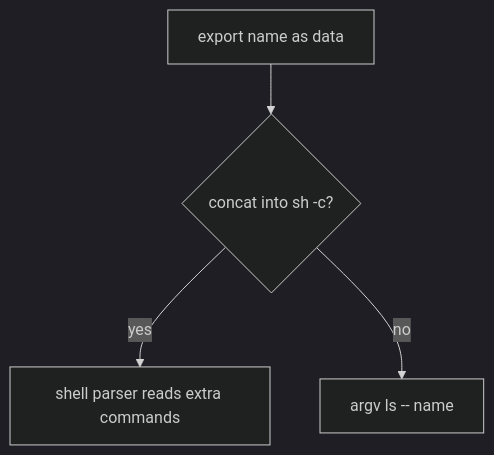
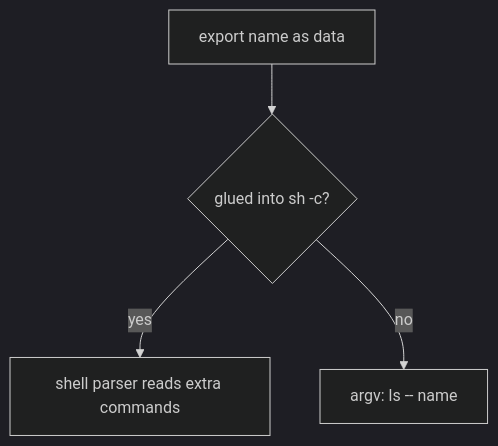
The first of 2 diagrams in content/modules/6/6.1/lessons/01-property.md (ishitvagoel/LearnSecurity), drawn with Mermaid (dark theme) before and after one commit. The commit also changed other lines of this file and 55 other files, not shown here.

````diff
--- a/content/modules/6/6.1/lessons/01-property.md
+++ b/content/modules/6/6.1/lessons/01-property.md
@@ -19,6 +18,6 @@
 ```mermaid
 flowchart TD
-  Name[export name as data] --> Mix{concat into sh -c?}
+  Name[export name as data] --> Mix{glued into sh -c?}
   Mix -->|yes| Shell[shell parser reads extra commands]
-  Mix -->|no| Argv["argv ls -- name"]
+  Mix -->|no| Argv["argv: ls -- name"]
 ```
````
